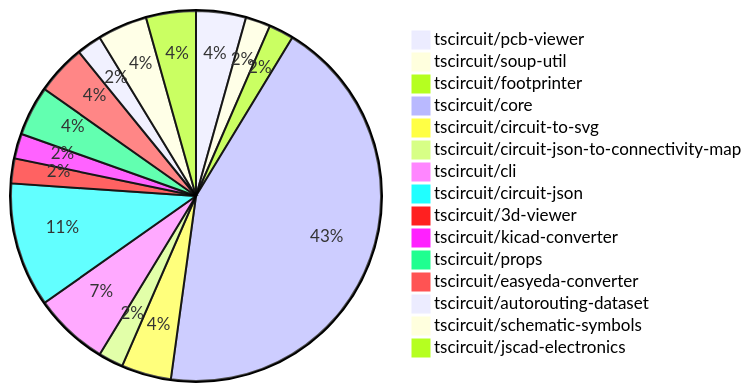
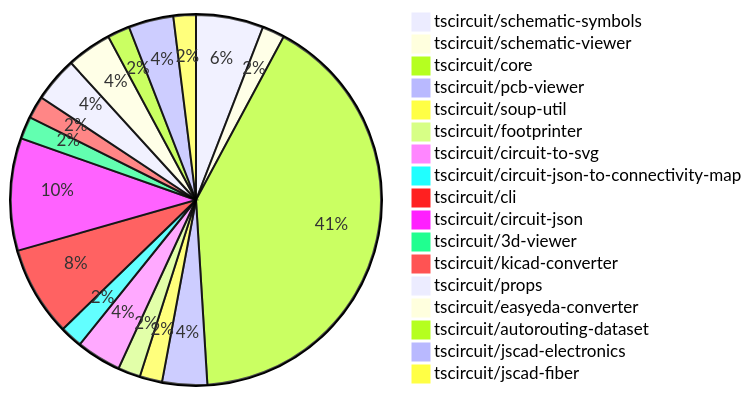
Before and after one commit to tscircuit/contribution-tracker: the diagram in README.md, drawn with Mermaid. The commit also changed other lines of this file and 1 other file, not shown here.

````diff
--- a/README.md
+++ b/README.md
@@ -24,18 +24,20 @@
 ```mermaid
 pie
+    "tscircuit/schematic-symbols" : 3
+    "tscircuit/schematic-viewer" : 1
+    "tscircuit/core" : 21
     "tscircuit/pcb-viewer" : 2
     "tscircuit/soup-util" : 1
     "tscircuit/footprinter" : 1
-    "tscircuit/core" : 20
     "tscircuit/circuit-to-svg" : 2
     "tscircuit/circuit-json-to-connectivity-map" : 1
-    "tscircuit/cli" : 3
+    "tscircuit/cli" : 4
     "tscircuit/circuit-json" : 5
     "tscircuit/3d-viewer" : 1
     "tscircuit/kicad-converter" : 1
     "tscircuit/props" : 2
     "tscircuit/easyeda-converter" : 2
     "tscircuit/autorouting-dataset" : 1
-    "tscircuit/schematic-symbols" : 2
     "tscircuit/jscad-electronics" : 2
+    "tscircuit/jscad-fiber" : 1
 ```
````
